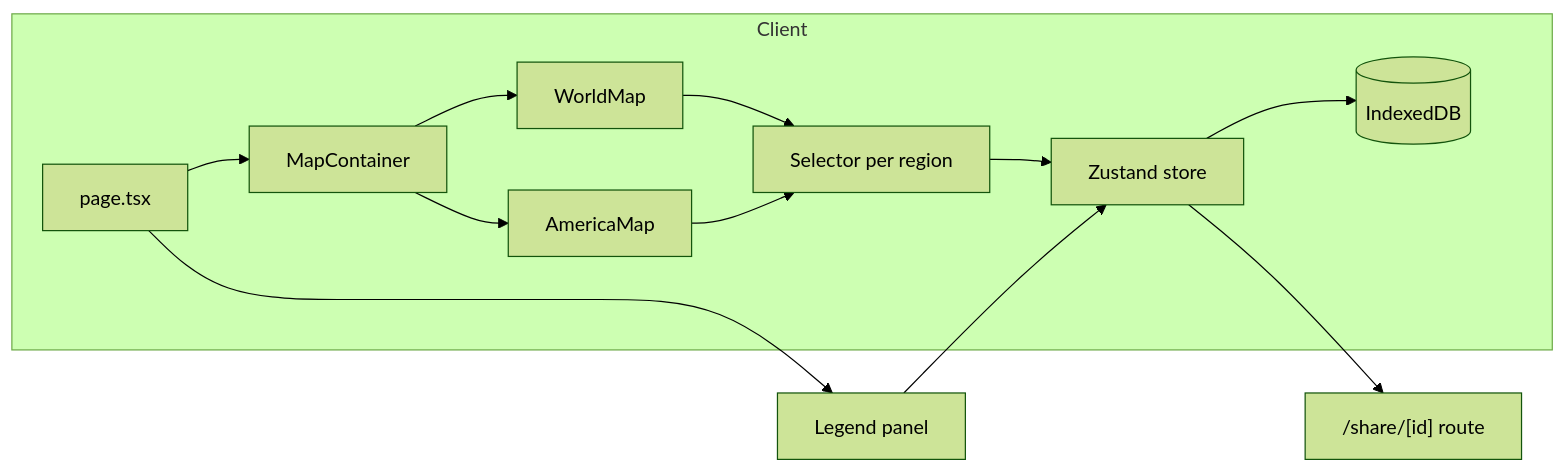
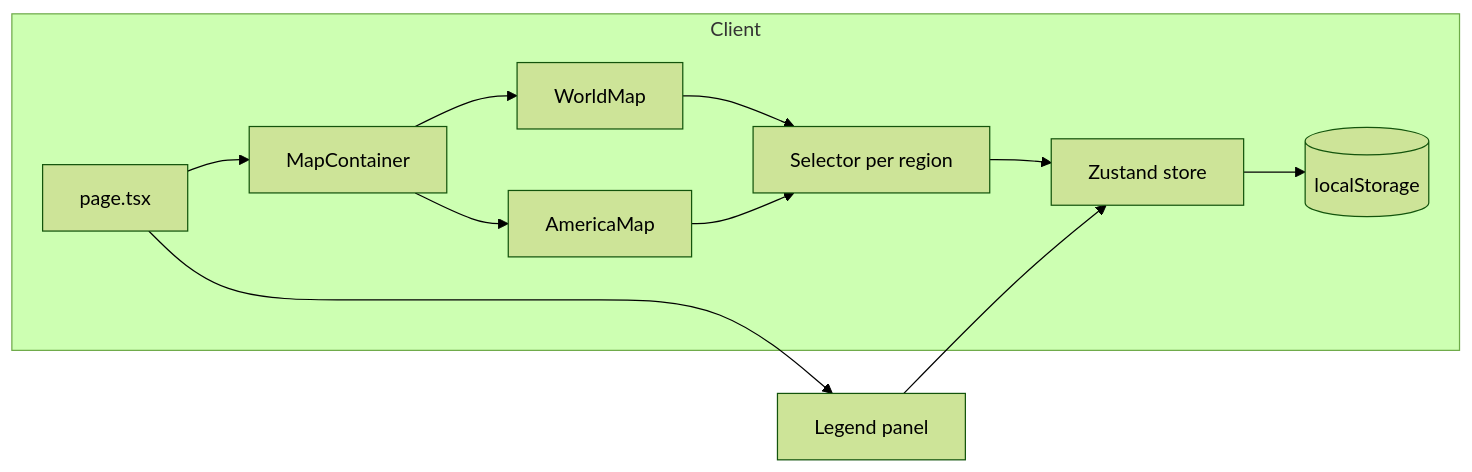
The diagram in README.md (owenw2k/travel-buddy), drawn with Mermaid (forest theme) before and after one commit. The commit also changed other lines of this file and 17 other files, not shown here.

First line of the commit message:
fix(browser): open app to all browsers, replace idb-keyval with localStorage (#33)

````diff
--- a/README.md
+++ b/README.md
@@ -23,14 +19,13 @@
 ```mermaid
 graph LR
     subgraph Client
         P[page.tsx] --> MC[MapContainer]
         MC --> WM[WorldMap] & AM[AmericaMap]
         WM & AM --> S[Selector per region]
         S --> Store[Zustand store]
-        Store --> IDB[(IndexedDB)]
+        Store --> LS[(localStorage)]
     end
 
-    Store --> Share["/share/[id] route"]
     P --> Legend[Legend panel]
     Legend --> Store
 ```
````
